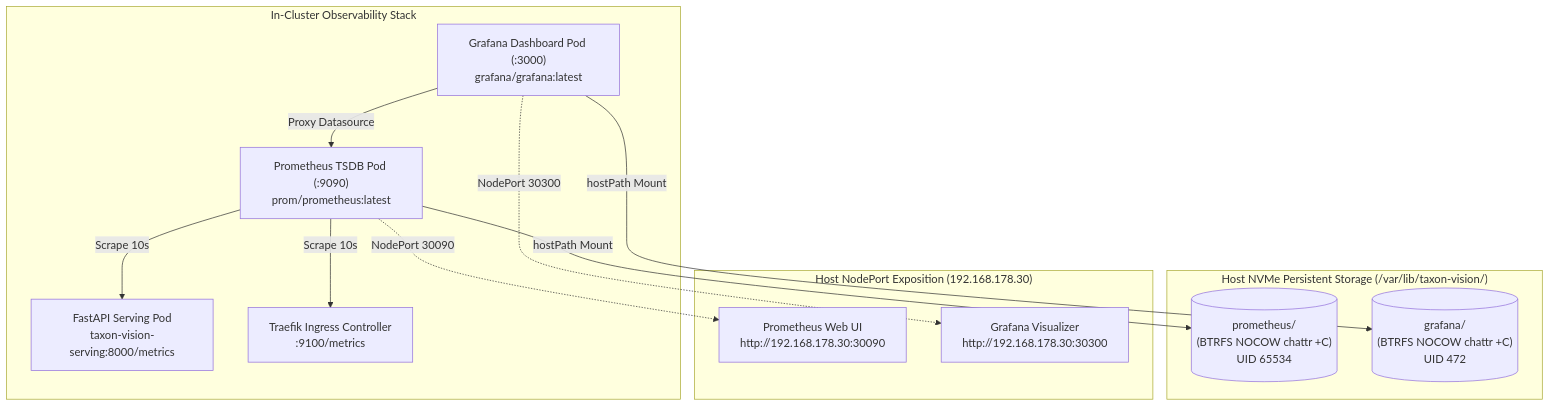
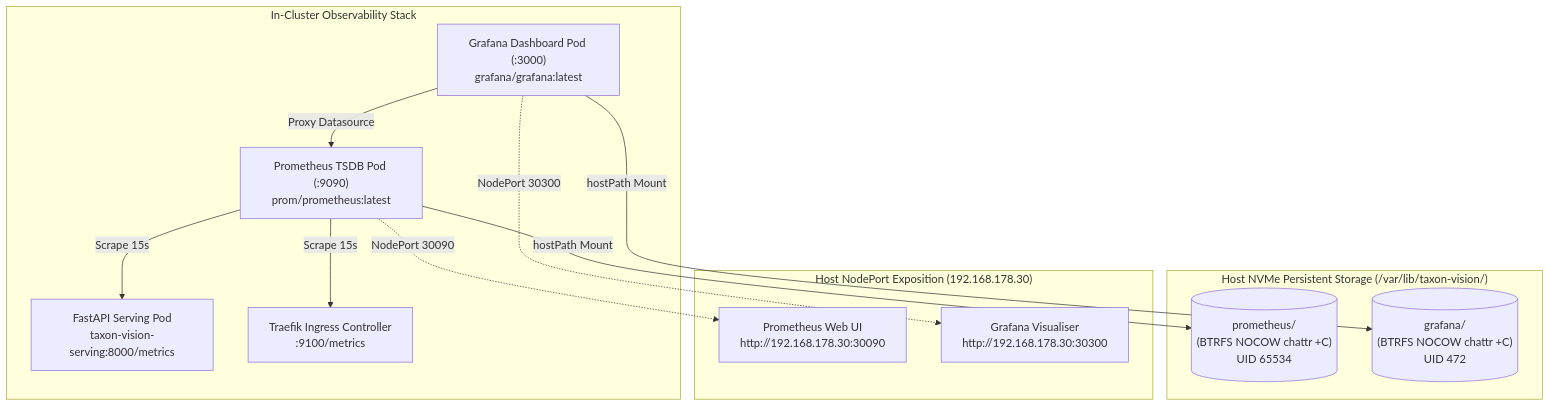
Before and after one commit to foersben/taxon-vision-mlops: the second of 2 diagrams in docs/operations/prometheus_and_observability.md, drawn with Mermaid. The commit also changed other lines of this file and 26 other files, not shown here.

````diff
--- a/docs/operations/prometheus_and_observability.md
+++ b/docs/operations/prometheus_and_observability.md
@@ -191,27 +182,27 @@
 ```mermaid
 flowchart TD
     subgraph TrafficFlow ["In-Cluster Observability Stack"]
         API["FastAPI Serving Pod<br/>taxon-vision-serving:8000/metrics"]
         TRAEFIK["Traefik Ingress Controller<br/>:9100/metrics"]
 
         PROM["Prometheus TSDB Pod (:9090)<br/>prom/prometheus:latest"]
         GRAF["Grafana Dashboard Pod (:3000)<br/>grafana/grafana:latest"]
 
-        PROM -->|Scrape 10s| API
-        PROM -->|Scrape 10s| TRAEFIK
+        PROM -->|Scrape 15s| API
+        PROM -->|Scrape 15s| TRAEFIK
         GRAF -->|Proxy Datasource| PROM
     end
 
     subgraph HostNVMe ["Host NVMe Persistent Storage (/var/lib/taxon-vision/)"]
         PROM_VOL[("prometheus/<br/>(BTRFS NOCOW chattr +C)<br/>UID 65534")]
         GRAF_VOL[("grafana/<br/>(BTRFS NOCOW chattr +C)<br/>UID 472")]
 
         PROM -->|hostPath Mount| PROM_VOL
         GRAF -->|hostPath Mount| GRAF_VOL
     end
 
     subgraph NodePorts ["Host NodePort Exposition (192.168.178.30)"]
         PROM -.->|NodePort 30090| NP_PROM["Prometheus Web UI<br/>http://192.168.178.30:30090"]
-        GRAF -.->|NodePort 30300| NP_GRAF["Grafana Visualizer<br/>http://192.168.178.30:30300"]
+        GRAF -.->|NodePort 30300| NP_GRAF["Grafana Visualiser<br/>http://192.168.178.30:30300"]
     end
 ```
````
